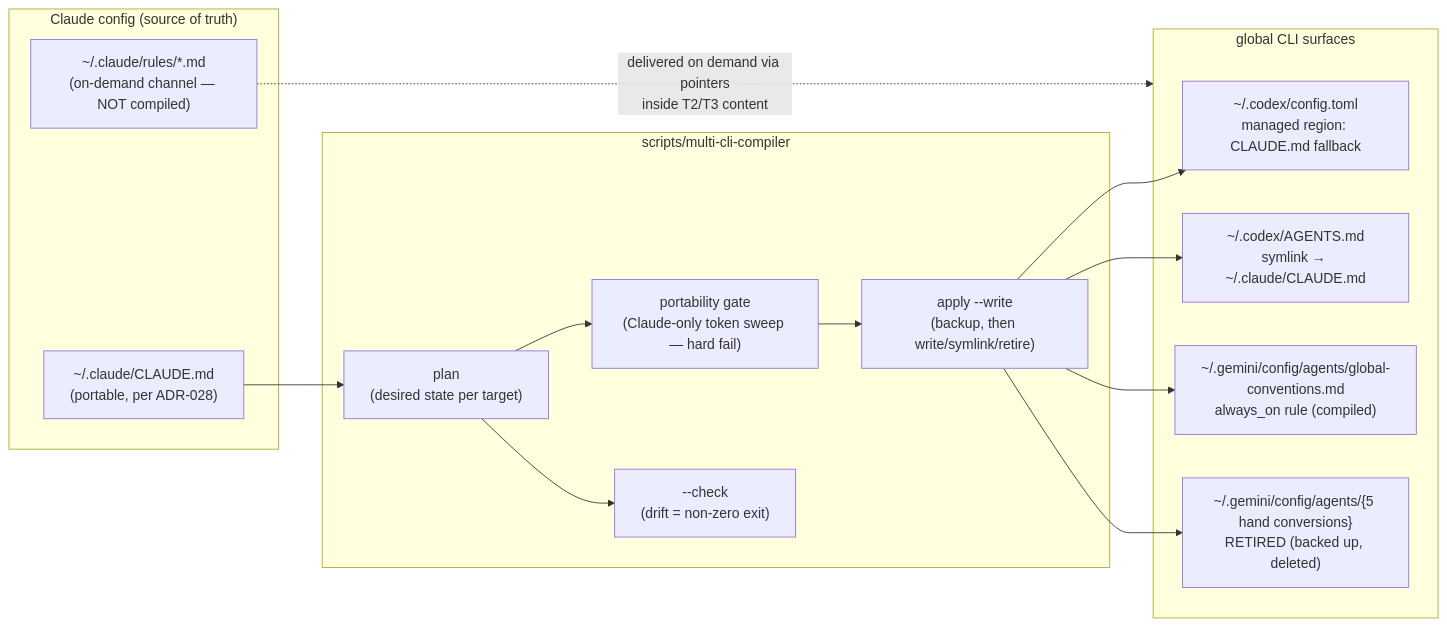
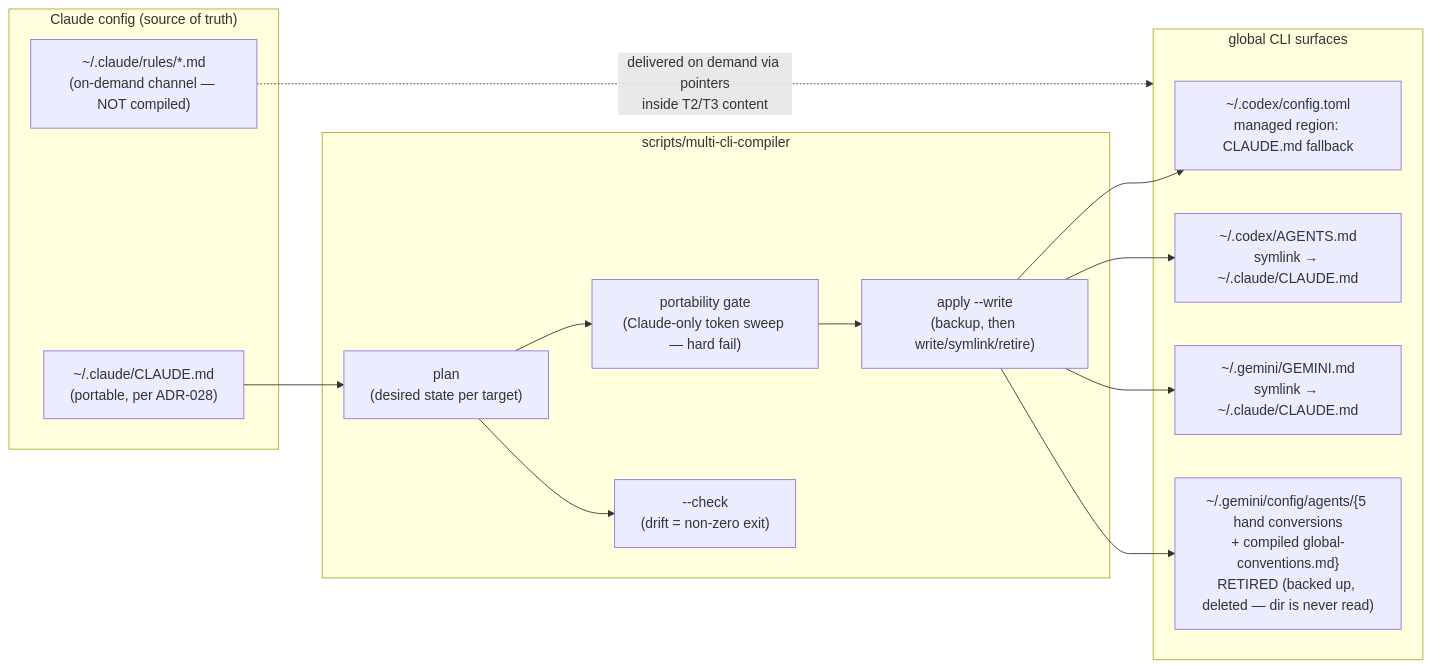
One commit to will-schaefer/nxtlvl-harness changed the diagram in docs/spec/nxtlvl-multi-cli-compiler.md. Above: the diagram before and after it, drawn with Mermaid. The commit also changed other lines of this file and 4 other files, not shown here.

First line of the commit message:
docs(multi-cli): reconcile spec/plan/ADR-028/compat/memory with the applied GEMINI.md-symlink revision

````diff
--- a/docs/spec/nxtlvl-multi-cli-compiler.md
+++ b/docs/spec/nxtlvl-multi-cli-compiler.md
@@ -49,24 +55,24 @@
 ```mermaid
 flowchart LR
     subgraph SOURCES["Claude config (source of truth)"]
         S1["~/.claude/CLAUDE.md<br/>(portable, per ADR-028)"]
         S2["~/.claude/rules/*.md<br/>(on-demand channel — NOT compiled)"]
     end
     subgraph COMPILER["scripts/multi-cli-compiler"]
         P["plan<br/>(desired state per target)"]
         G["portability gate<br/>(Claude-only token sweep — hard fail)"]
         A["apply --write<br/>(backup, then write/symlink/retire)"]
         V["--check<br/>(drift = non-zero exit)"]
         P --> G --> A
         P --> V
     end
     subgraph TARGETS["global CLI surfaces"]
         T1["~/.codex/config.toml<br/>managed region: CLAUDE.md fallback"]
         T2["~/.codex/AGENTS.md<br/>symlink → ~/.claude/CLAUDE.md"]
-        T3["~/.gemini/config/agents/global-conventions.md<br/>always_on rule (compiled)"]
-        T4["~/.gemini/config/agents/{5 hand conversions}<br/>RETIRED (backed up, deleted)"]
+        T3["~/.gemini/GEMINI.md<br/>symlink → ~/.claude/CLAUDE.md"]
+        T4["~/.gemini/config/agents/{5 hand conversions<br/>+ compiled global-conventions.md}<br/>RETIRED (backed up, deleted — dir is never read)"]
     end
     S1 --> P
     A --> T1 & T2 & T3 & T4
     S2 -. "delivered on demand via pointers<br/>inside T2/T3 content" .-> TARGETS
 ```
````
